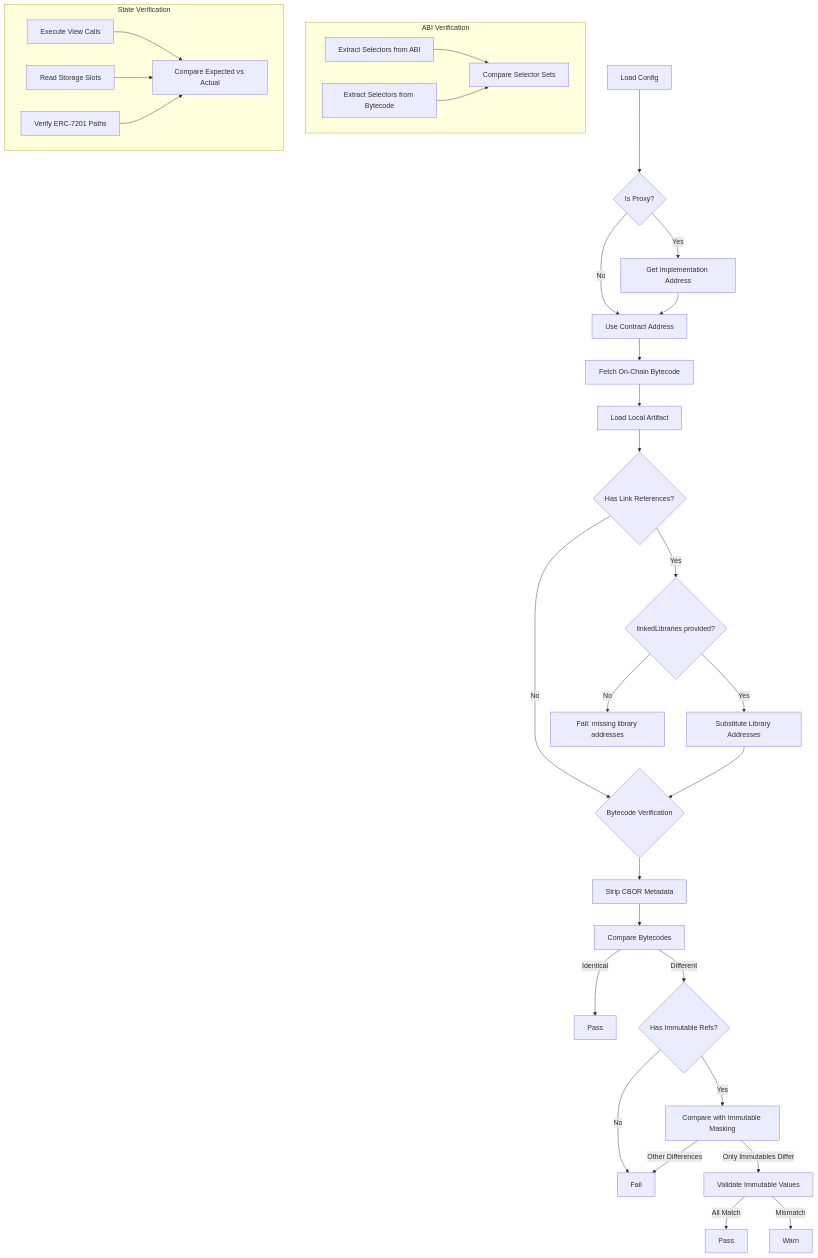
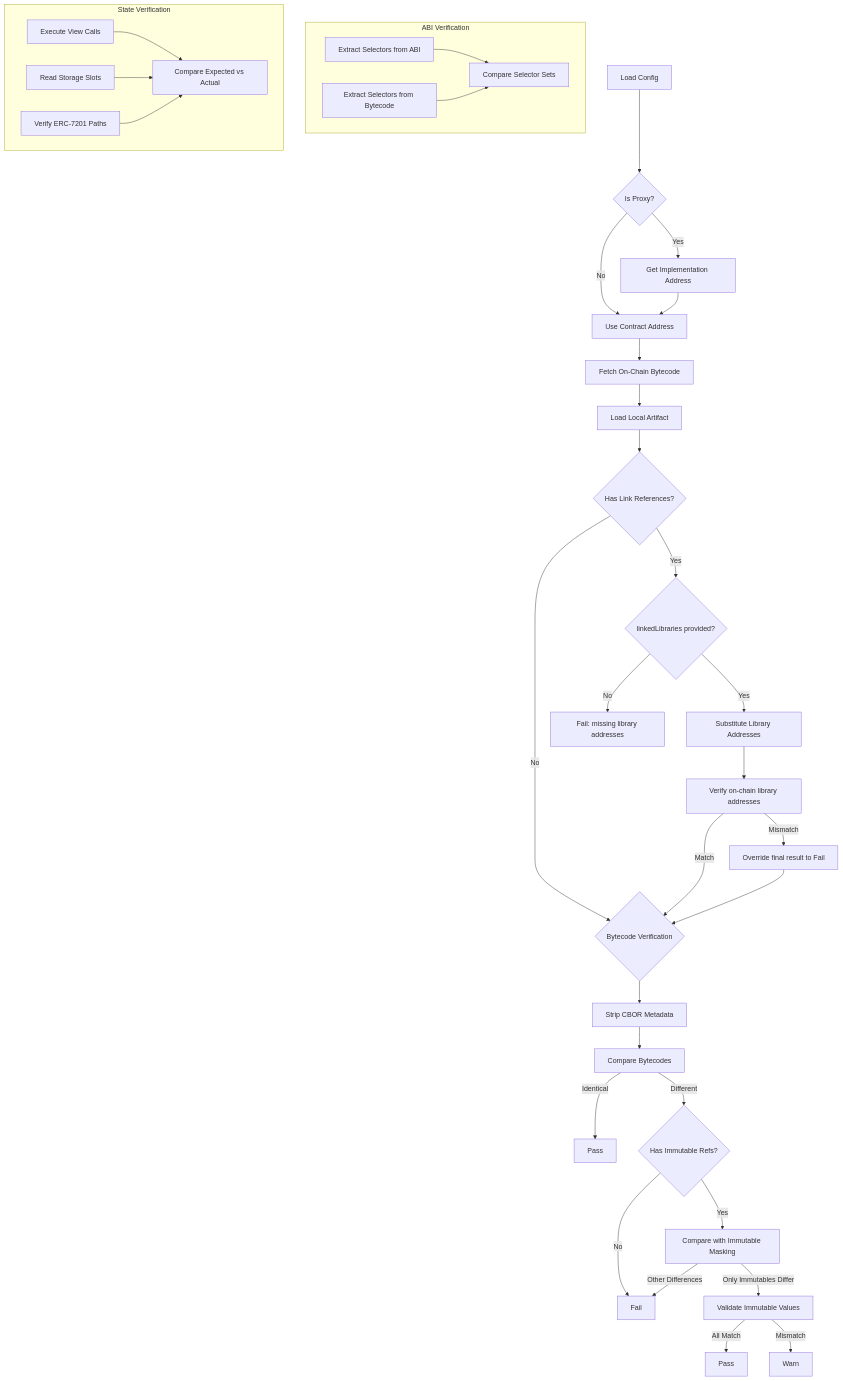
The diagram in contracts/integrity-verifier/ARCHITECTURE.md (Consensys/linea-monorepo), drawn with Mermaid before and after one commit. The commit also changed other lines of this file and 11 other files, not shown here.

````diff
--- a/contracts/integrity-verifier/ARCHITECTURE.md
+++ b/contracts/integrity-verifier/ARCHITECTURE.md
@@ -109,47 +109,50 @@
 ```mermaid
 flowchart TD
     A[Load Config] --> B{Is Proxy?}
     B -->|Yes| C[Get Implementation Address]
     B -->|No| D[Use Contract Address]
     C --> D
     
     D --> E[Fetch On-Chain Bytecode]
     E --> F[Load Local Artifact]
     
     F --> F2{Has Link References?}
     F2 -->|Yes| F3{linkedLibraries provided?}
     F2 -->|No| G
     F3 -->|Yes| F4[Substitute Library Addresses]
     F3 -->|No| F5["Fail: missing library addresses"]
-    F4 --> G
+    F4 --> F6["Verify on-chain library addresses"]
+    F6 -->|Match| G
+    F6 -->|Mismatch| F7["Override final result to Fail"]
+    F7 --> G
     
     G{Bytecode Verification} --> H[Strip CBOR Metadata]
     H --> I[Compare Bytecodes]
     I -->|Identical| J[Pass]
     I -->|Different| K{Has Immutable Refs?}
     
     K -->|Yes| L[Compare with Immutable Masking]
     K -->|No| M[Fail]
     
     L -->|Only Immutables Differ| N[Validate Immutable Values]
     L -->|Other Differences| M
     
     N -->|All Match| O[Pass]
     N -->|Mismatch| P[Warn]
     
     subgraph abiVerif [ABI Verification]
         Q[Extract Selectors from ABI]
         R[Extract Selectors from Bytecode]
         Q --> S[Compare Selector Sets]
         R --> S
     end
     
     subgraph stateVerif [State Verification]
         T[Execute View Calls]
         U[Read Storage Slots]
         V["Verify ERC-7201 Paths"]
         T --> W[Compare Expected vs Actual]
         U --> W
         V --> W
     end
 ```
````
